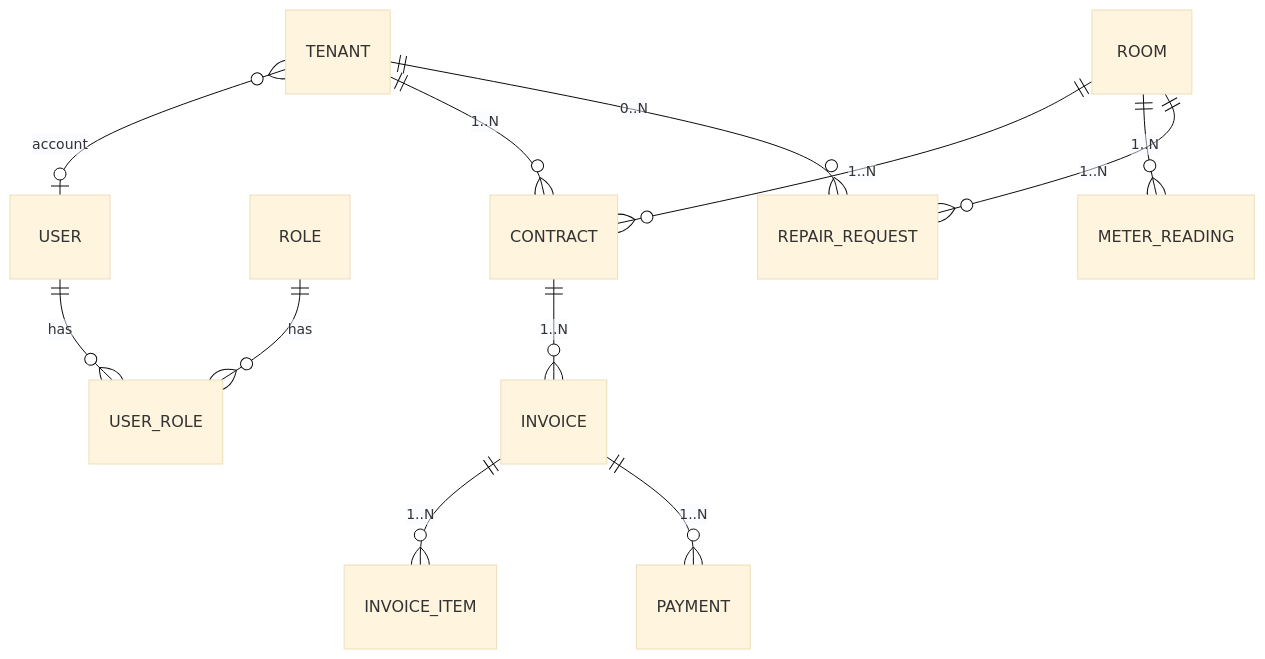
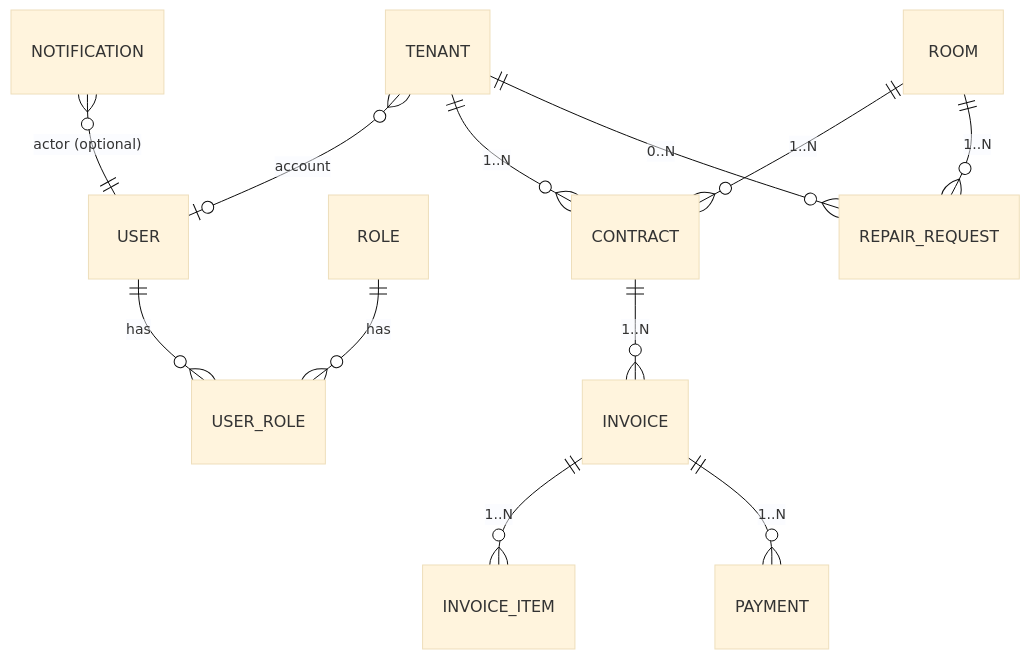
Before and after one commit to vodichvutru/QuanLyPhongTro: the first of 3 diagrams in Quan_Ly_Phong_Tro.md, drawn with Mermaid (base theme). The commit also changed other lines of this file and 63 other files, not shown here.

````diff
--- a/Quan_Ly_Phong_Tro.md
+++ b/Quan_Ly_Phong_Tro.md
@@ -456,14 +456,14 @@
 ```mermaid
 erDiagram
     USER ||--o{ USER_ROLE : has
     ROLE ||--o{ USER_ROLE : has
     TENANT }o--o| USER : "account"
     ROOM ||--o{ CONTRACT : "1..N"
     TENANT ||--o{ CONTRACT : "1..N"
     CONTRACT ||--o{ INVOICE : "1..N"
     INVOICE ||--o{ INVOICE_ITEM : "1..N"
     INVOICE ||--o{ PAYMENT : "1..N"
-    ROOM ||--o{ METER_READING : "1..N"
     ROOM ||--o{ REPAIR_REQUEST : "1..N"
+    NOTIFICATION }o--|| USER : "actor (optional)"
     TENANT ||--o{ REPAIR_REQUEST : "0..N"
 ```
````
